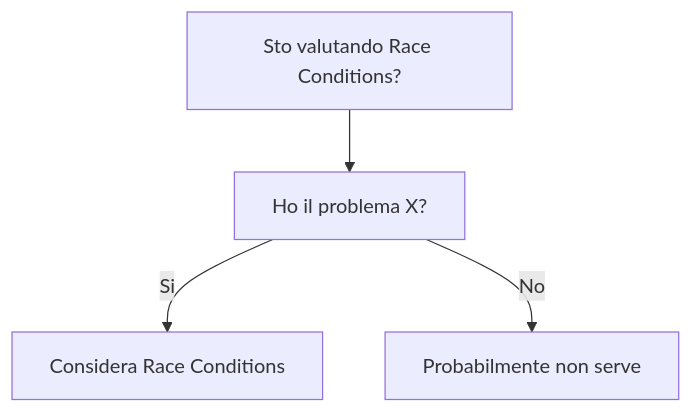
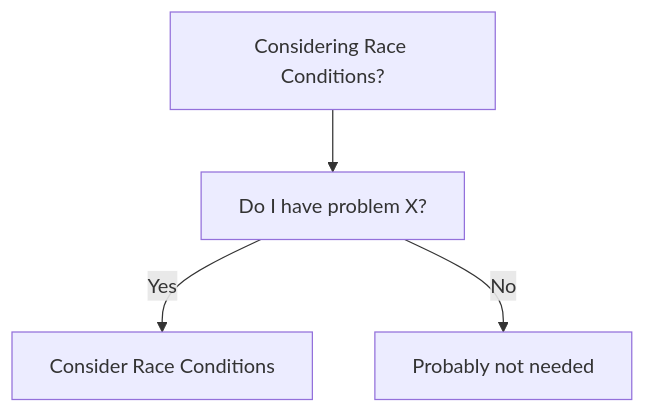
One commit to HxT9/Software-Dev-Wiki changed the diagram in dev-wiki/04_Concurrency/Race_Conditions/When_To_Use.md. Above: the diagram before and after it, drawn with Mermaid. The commit also changed other lines of this file and 3444 other files, not shown here.

````diff
--- a/dev-wiki/04_Concurrency/Race_Conditions/When_To_Use.md
+++ b/dev-wiki/04_Concurrency/Race_Conditions/When_To_Use.md
@@ -19,6 +19,6 @@
 ```mermaid
 flowchart TD
-  Q[Sto valutando Race Conditions?] --> Q1[Ho il problema X?]
-  Q1 -->|Si| OK[Considera Race Conditions]
-  Q1 -->|No| NO[Probabilmente non serve]
+  Q[Considering Race Conditions?] --> Q1[Do I have problem X?]
+  Q1 -->|Yes| OK[Consider Race Conditions]
+  Q1 -->|No| NO[Probably not needed]
 ```
````
